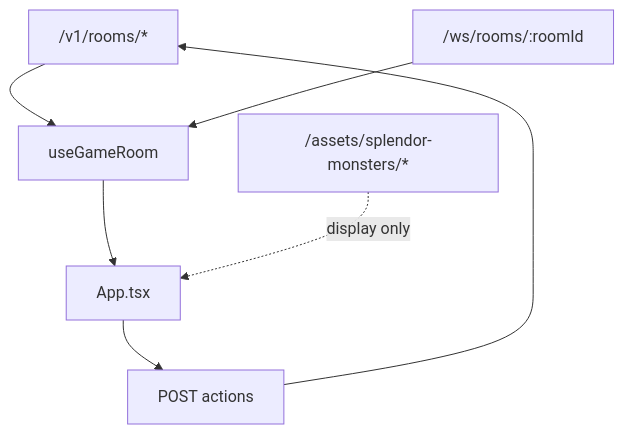
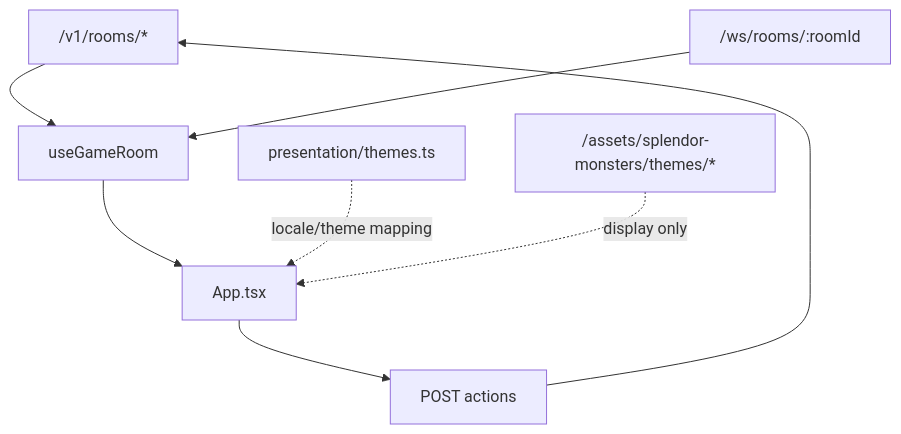
One commit to Lyinsun/splendor-ts changed the diagram in docs/V1实现设计/02-Dashboard前端开发指导.md. Above: the diagram before and after it, drawn with Mermaid. The commit also changed other lines of this file and 13 other files, not shown here.

Commit message:
feat: add locale and theme switching

````diff
--- a/docs/V1实现设计/02-Dashboard前端开发指导.md
+++ b/docs/V1实现设计/02-Dashboard前端开发指导.md
@@ -19,9 +20,10 @@
 ```mermaid
 flowchart TD
     API["/v1/rooms/*"] --> Hook["useGameRoom"]
     WS["/ws/rooms/:roomId"] --> Hook
     Hook --> App["App.tsx"]
-    Assets["/assets/splendor-monsters/*"] -. "display only" .-> App
+    Presentation["presentation/themes.ts"] -. "locale/theme mapping" .-> App
+    Assets["/assets/splendor-monsters/themes/*"] -. "display only" .-> App
     App --> Action["POST actions"]
     Action --> API
 ```
````
